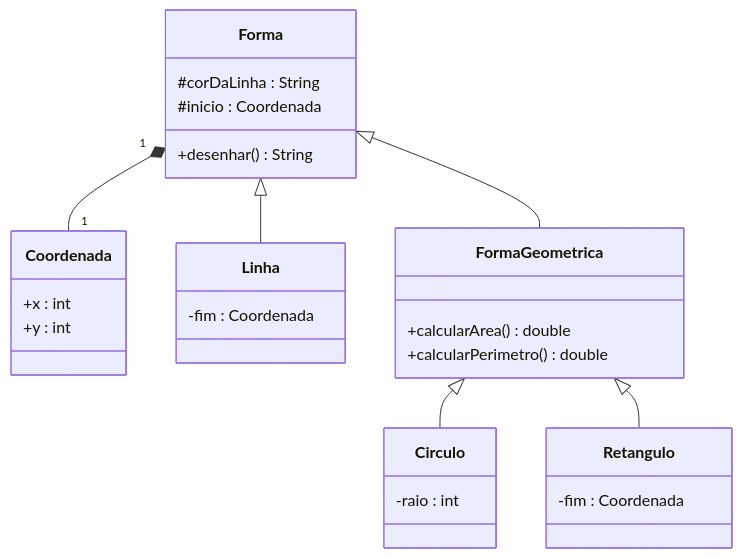
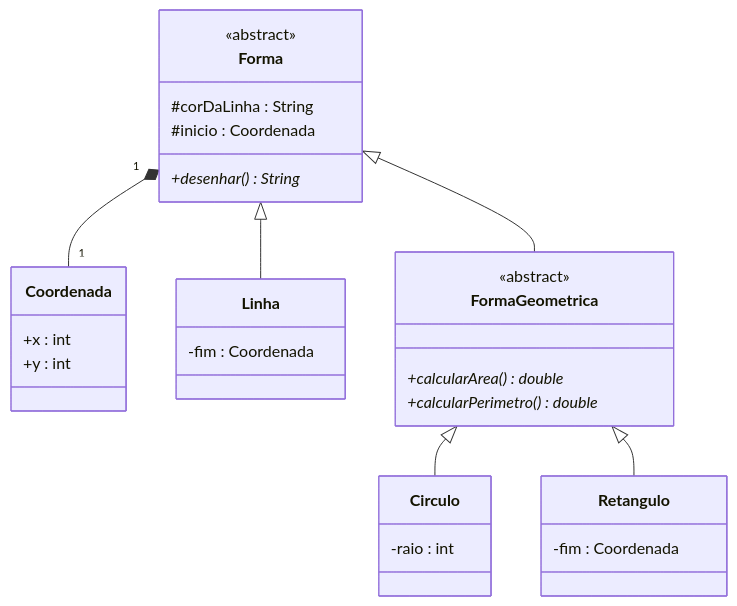
Before and after one commit to LuisEAbreu/poo: the diagram in aulas/2026-10-29/projeto01/README.md, drawn with Mermaid. The commit also changed 3 other files, not shown here.

````diff
--- a/aulas/2026-10-29/projeto01/README.md
+++ b/aulas/2026-10-29/projeto01/README.md
@@ -1,36 +1,38 @@
 ```mermaid
 classDiagram
     class Coordenada{
         +x : int
         +y : int
     }
     
     class Forma{
+        <<abstract>>
         #corDaLinha : String
         #inicio : Coordenada
-        +desenhar()  String
+        +desenhar()  String *
     }
     
     class Linha{
         -fim : Coordenada
     }
     
     class FormaGeometrica{
-        +calcularArea() double
-        +calcularPerimetro() double
+        <<abstract>>
+        +calcularArea() double *
+        +calcularPerimetro() double *
     }
     
     class Circulo{
         -raio : int
     }
     
     class Retangulo{
         -fim : Coordenada
     }
 
     Forma "1" *-- "1" Coordenada
     Forma <|-- Linha
     Forma <|-- FormaGeometrica
     FormaGeometrica <|-- Circulo
     FormaGeometrica <|-- Retangulo
 ```
````
